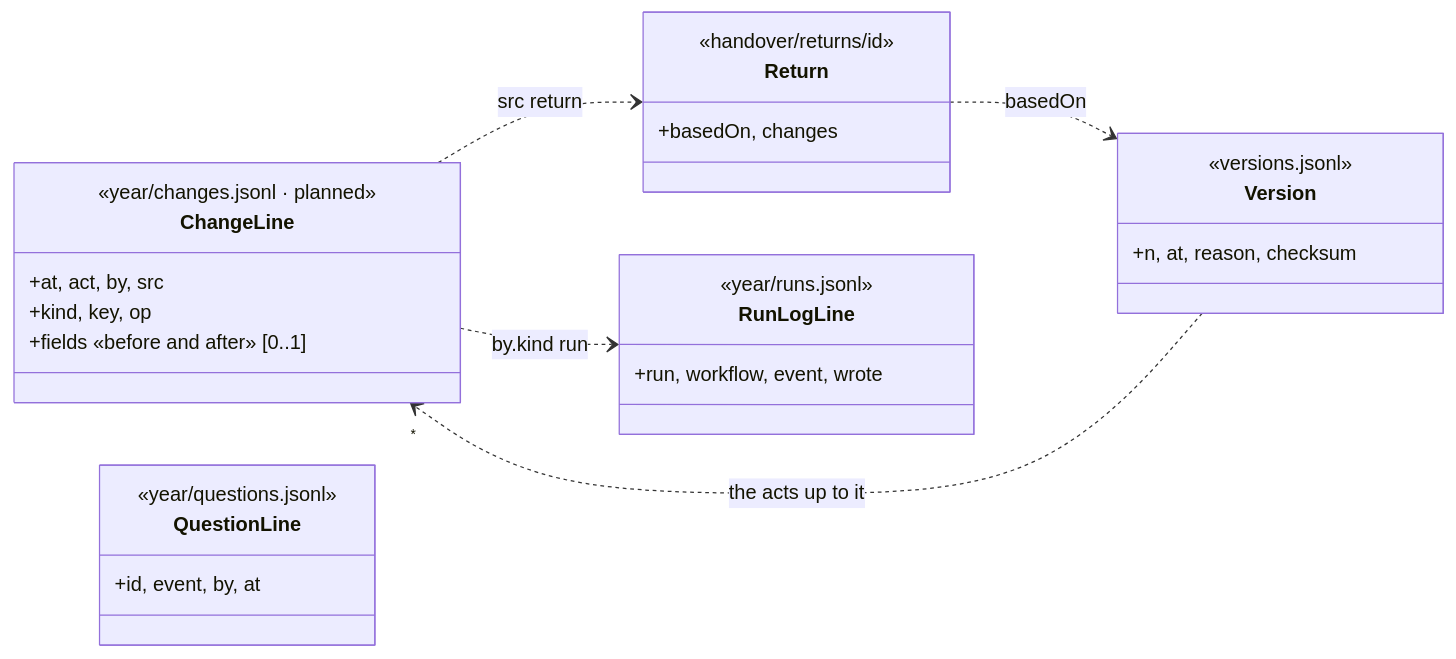
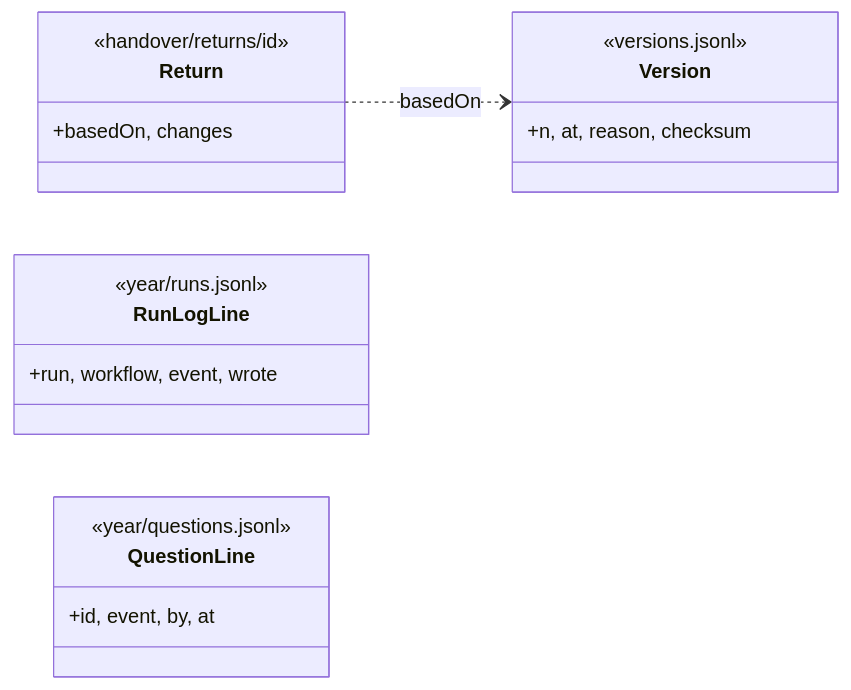
One commit to VanillaSystems/vanilla-accounting changed the fifth of 5 diagrams in docs/specs/domain-model.md. Above: the diagram before and after it, drawn with Mermaid. The commit also changed other lines of this file and 1 other file, not shown here.

First line of the commit message:
Spec domain model: keep the architecture as it is

````diff
--- a/docs/specs/domain-model.md
+++ b/docs/specs/domain-model.md
@@ -505,30 +495,21 @@
 ```mermaid
 classDiagram
   direction LR
-  class ChangeLine {
-    <<year/changes.jsonl · planned>>
-    +at, act, by, src
-    +kind, key, op
-    +fields «before and after» [0..1]
-  }
   class Version {
     <<versions.jsonl>>
     +n, at, reason, checksum
   }
   class Return {
     <<handover/returns/id>>
     +basedOn, changes
   }
   class RunLogLine {
     <<year/runs.jsonl>>
     +run, workflow, event, wrote
   }
   class QuestionLine {
     <<year/questions.jsonl>>
     +id, event, by, at
   }
-  ChangeLine ..> RunLogLine : by.kind run
-  ChangeLine ..> Return : src return
   Return ..> Version : basedOn
-  Version ..> "*" ChangeLine : the acts up to it
 ```
````
